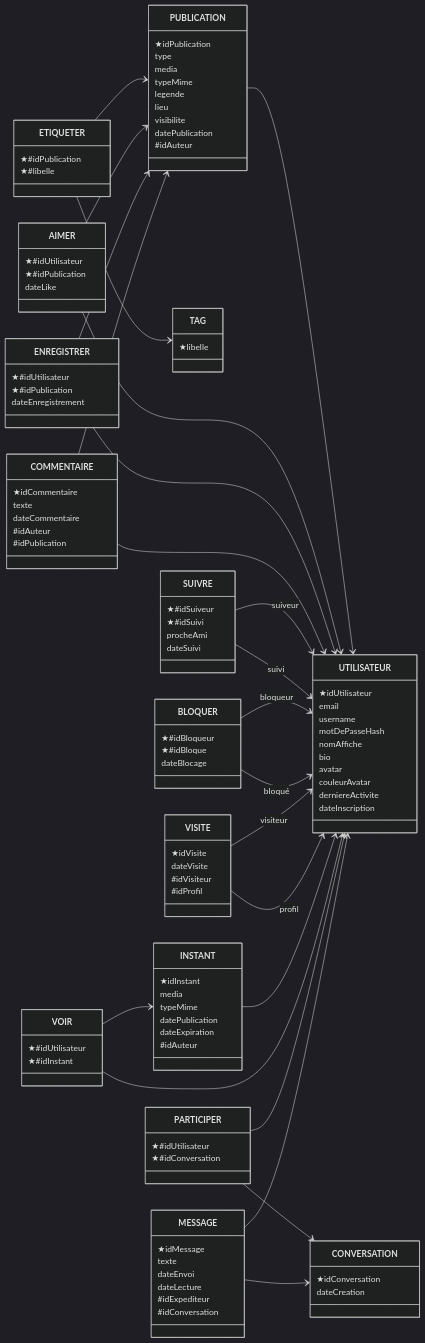
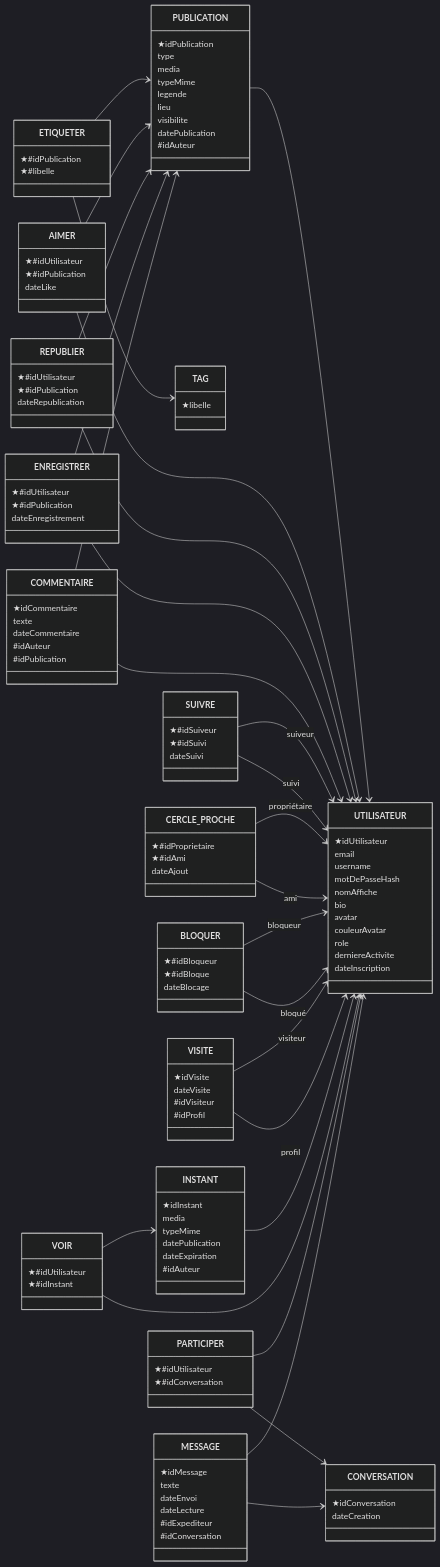
The third of 6 diagrams in docs/db/merise.md (Kyliantvv/detox-app), drawn with Mermaid (dark theme) before and after one commit. The commit also changed other lines of this file and 24 other files, not shown here.

First line of the commit message:
refactor(db): erreurs typées, cercle proche, republications, activité

```diff
--- a/docs/db/merise.md
+++ b/docs/db/merise.md
@@ -197,6 +207,7 @@
   bio
   avatar
   couleurAvatar
+  role
   derniereActivite
   dateInscription }
 class PUBLICATION { ★idPublication
@@ -214,6 +225,9 @@
 class AIMER { ★#idUtilisateur
   ★#idPublication
   dateLike }
+class REPUBLIER { ★#idUtilisateur
+  ★#idPublication
+  dateRepublication }
 class ENREGISTRER { ★#idUtilisateur
   ★#idPublication
   dateEnregistrement }
@@ -224,8 +238,10 @@
   #idPublication }
 class SUIVRE { ★#idSuiveur
   ★#idSuivi
-  procheAmi
   dateSuivi }
+class CERCLE_PROCHE { ★#idProprietaire
+  ★#idAmi
+  dateAjout }
 class BLOQUER { ★#idBloqueur
   ★#idBloque
   dateBlocage }
@@ -256,12 +272,16 @@
 ETIQUETER --> TAG
 AIMER --> UTILISATEUR
 AIMER --> PUBLICATION
+REPUBLIER --> UTILISATEUR
+REPUBLIER --> PUBLICATION
 ENREGISTRER --> UTILISATEUR
 ENREGISTRER --> PUBLICATION
 COMMENTAIRE --> UTILISATEUR
 COMMENTAIRE --> PUBLICATION
 SUIVRE --> UTILISATEUR : suiveur
 SUIVRE --> UTILISATEUR : suivi
+CERCLE_PROCHE --> UTILISATEUR : propriétaire
+CERCLE_PROCHE --> UTILISATEUR : ami
 BLOQUER --> UTILISATEUR : bloqueur
 BLOQUER --> UTILISATEUR : bloqué
 VISITE --> UTILISATEUR : visiteur
```
